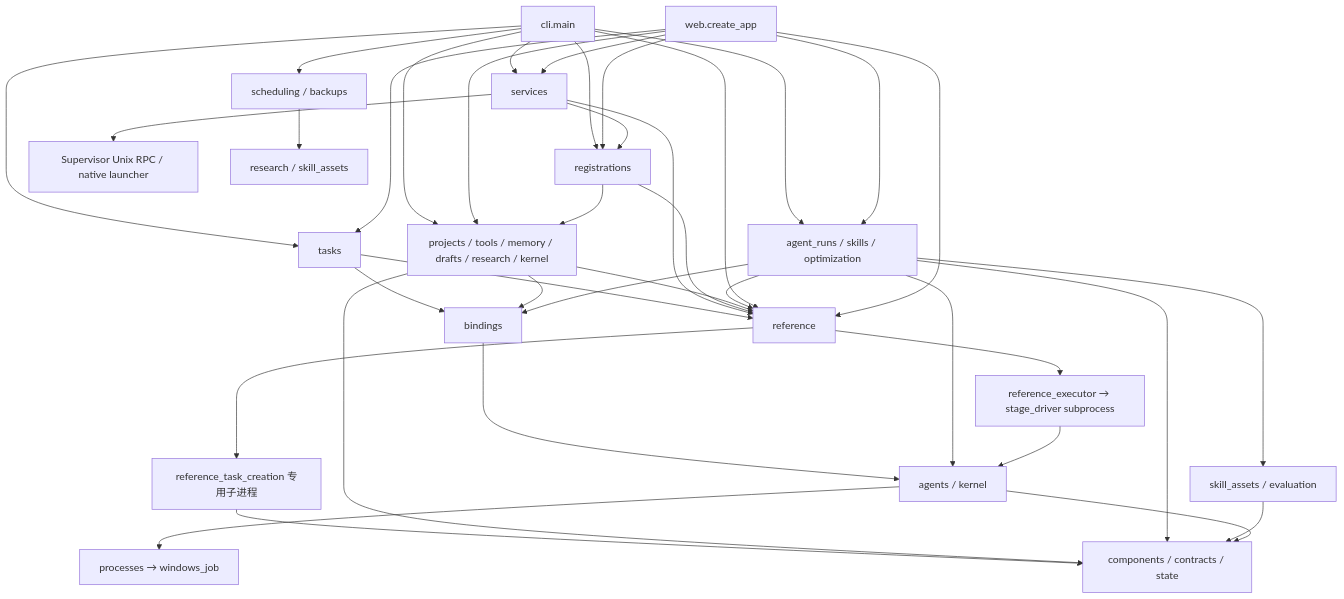
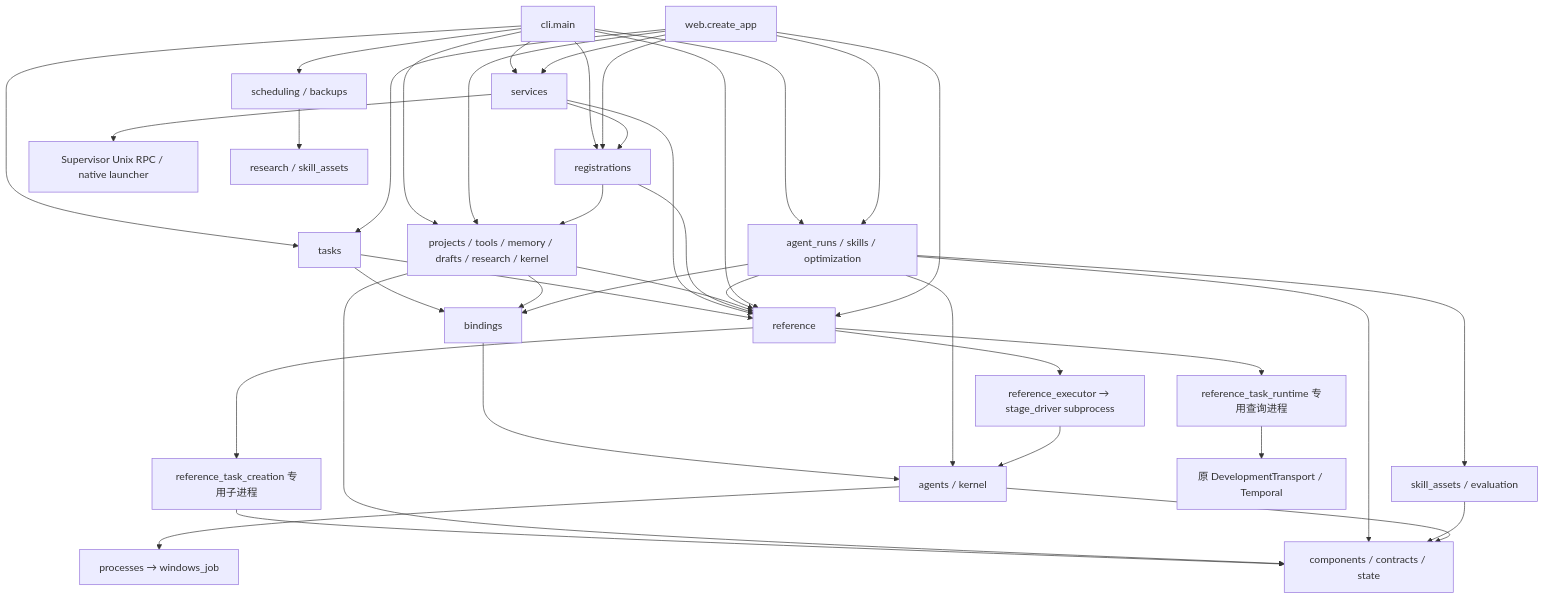
One commit to 626619403/Ergora changed the first of 4 diagrams in docs/architecture/current.md. Above: the diagram before and after it, drawn with Mermaid. The commit also changed other lines of this file and 17 other files, not shown here.

Commit message:
feat: query verified native task runtime facts

````diff
--- a/docs/architecture/current.md
+++ b/docs/architecture/current.md
@@ -9,40 +9,42 @@
 ```mermaid
 flowchart TB
   CLI[cli.main] --> Query[projects / tools / memory / drafts / research / kernel]
   Web[web.create_app] --> Query
   CLI --> Registration[registrations]
   Web --> Registration
   Registration --> Query
   CLI --> Services[services]
   Web --> Services
   CLI --> Tasks[tasks]
   Web --> Tasks
   Tasks --> Bindings
   Tasks --> Ref
   Services --> Registration
   Services --> Ref
   Services --> Supervisor[Supervisor Unix RPC / native launcher]
   Registration --> Ref
   CLI --> Uses[agent_runs / skills / optimization]
   Web --> Uses
   Uses --> Assets[skill_assets / evaluation]
   Query --> Bindings[bindings]
   Uses --> Bindings
   Bindings --> Native[agents / kernel]
   Uses --> Native
   Native --> Processes[processes → windows_job]
   CLI --> Optional[scheduling / backups]
   Optional --> Research[research / skill_assets]
   Query --> Ref[reference]
   Uses --> Ref
   CLI --> Ref
   Web --> Ref
   Ref --> Creation[reference_task_creation 专用子进程]
   Creation --> Foundations
+  Ref --> RuntimeQuery[reference_task_runtime 专用查询进程]
+  RuntimeQuery --> Temporal[原 DevelopmentTransport / Temporal]
   Ref --> Bridge[reference_executor → stage_driver subprocess]
   Bridge --> Native
   Query --> Foundations[components / contracts / state]
   Uses --> Foundations
   Assets --> Foundations
   Native --> Foundations
 ```
````
